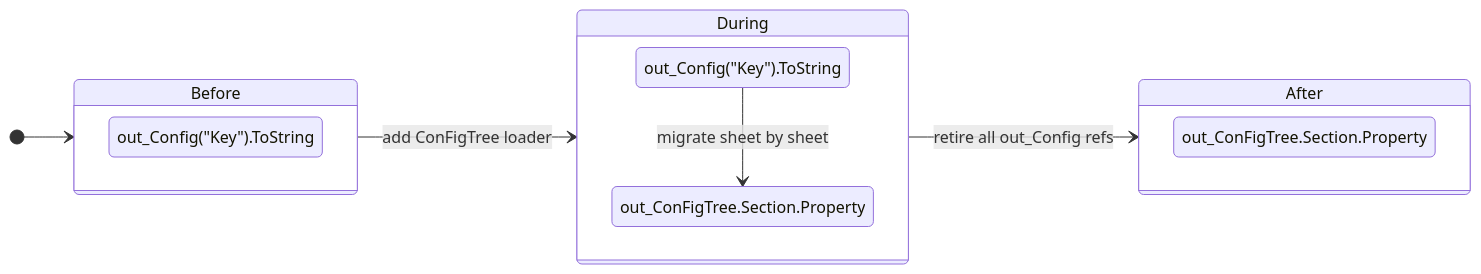
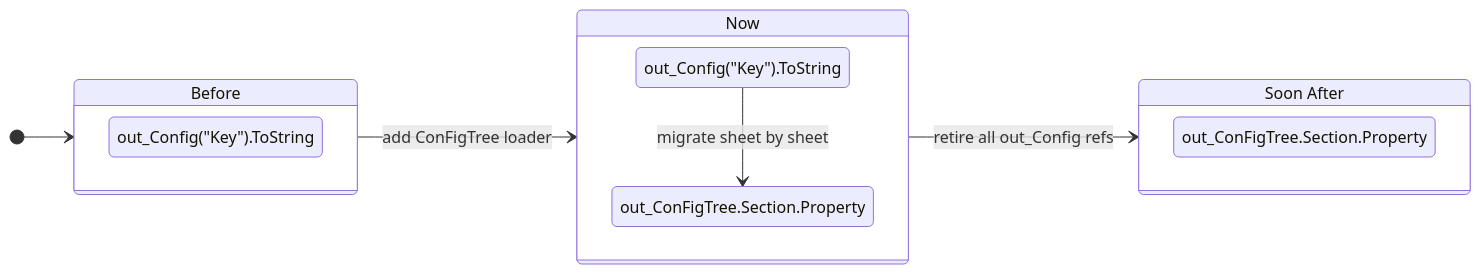
Before and after one commit to rpapub/ConFormMold: the fourth of 12 diagrams in docs/wiki/Mermaid-Diagrams.md, drawn with Mermaid.

Commit message:
docs: rename Dual Way states to Before / Now / Soon After

````diff
--- a/docs/wiki/Mermaid-Diagrams.md
+++ b/docs/wiki/Mermaid-Diagrams.md
@@ -63,19 +63,19 @@
 ```mermaid
 stateDiagram-v2
     direction LR
     [*] --> Before
-    Before --> During : add ConFigTree loader
-    During --> After : retire all out_Config refs
+    Before --> Now : add ConFigTree loader
+    Now --> SoonAfter : retire all out_Config refs
 
     state Before {
         s1 : out_Config("Key").ToString
     }
-    state During {
+    state Now {
         s2 : out_Config("Key").ToString
         s3 : out_ConFigTree.Section.Property
         s2 --> s3 : migrate sheet by sheet
     }
-    state After {
+    state "Soon After" as SoonAfter {
         s4 : out_ConFigTree.Section.Property
     }
 ```
````
